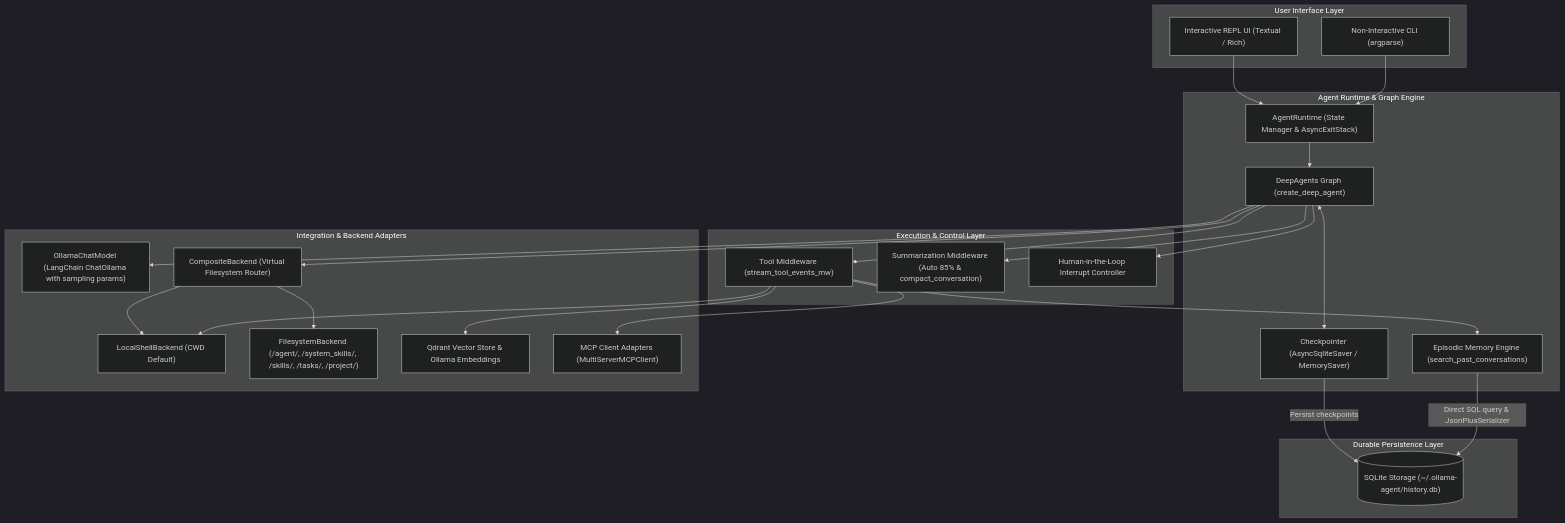
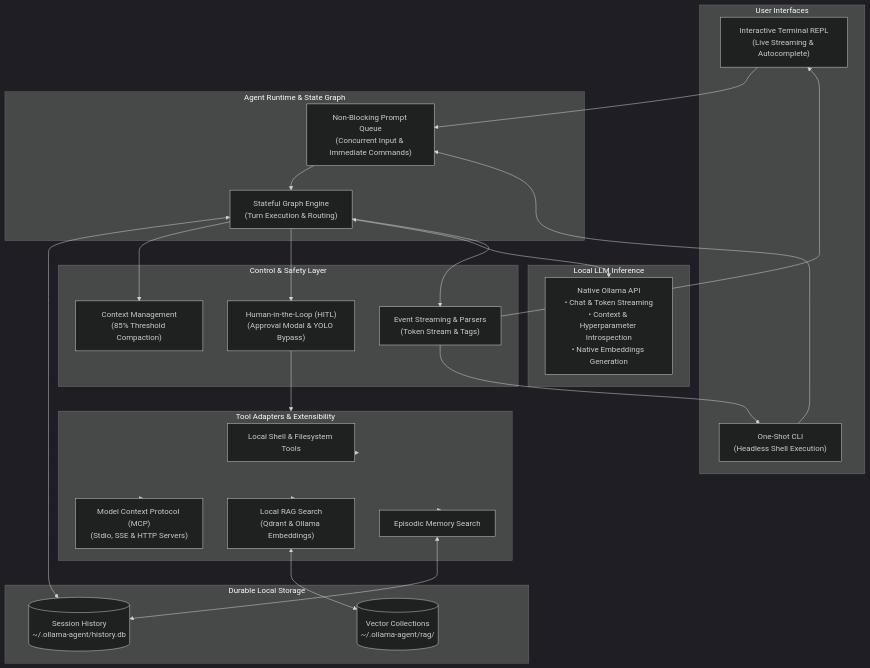
One commit to arrase/ollama-agent changed the first of 3 diagrams in docs/architecture.md. Above: the diagram before and after it, drawn with Mermaid (dark theme). The commit also changed other lines of this file and 10 other files, not shown here.

````diff
--- a/docs/architecture.md
+++ b/docs/architecture.md
@@ -11,51 +24,52 @@
 ```mermaid
 flowchart TD
-    subgraph UI ["User Interface Layer"]
-        REPL["Interactive REPL UI (Textual / Rich)"]
-        CLI["Non-Interactive CLI (argparse)"]
+    subgraph UI ["User Interfaces"]
+        REPL["Interactive Terminal REPL\n(Live Streaming & Autocomplete)"]
+        CLI["One-Shot CLI\n(Headless Shell Execution)"]
     end
 
-    subgraph Core ["Agent Runtime & Graph Engine"]
-        Runtime["AgentRuntime (State Manager & AsyncExitStack)"]
-        Graph["DeepAgents Graph (create_deep_agent)"]
-        Checkpointer["Checkpointer (AsyncSqliteSaver / MemorySaver)"]
-        EpisodicMemory["Episodic Memory Engine (search_past_conversations)"]
+    subgraph Runtime ["Agent Runtime & State Graph"]
+        StateGraph["Stateful Graph Engine\n(Turn Execution & Routing)"]
+        PromptQueue["Non-Blocking Prompt Queue\n(Concurrent Input & Immediate Commands)"]
     end
 
-    subgraph Middleware ["Execution & Control Layer"]
-        ToolMW["Tool Middleware (stream_tool_events_mw)"]
-        SummarizerMW["Summarization Middleware (Auto 85% & compact_conversation)"]
-        HITL["Human-in-the-Loop Interrupt Controller"]
+    subgraph Safety ["Control & Safety Layer"]
+        HITL["Human-in-the-Loop (HITL)\n(Approval Modal & YOLO Bypass)"]
+        Compaction["Context Management\n(85% Threshold Compaction)"]
+        StreamBus["Event Streaming & Parsers\n(Token Stream & <think> Tags)"]
     end
 
-    subgraph Adapters ["Integration & Backend Adapters"]
-        OllamaLLM["OllamaChatModel (LangChain ChatOllama with sampling params)"]
-        CompositeRouter["CompositeBackend (Virtual Filesystem Router)"]
-        ShellBackend["LocalShellBackend (CWD Default)"]
-        MemoryStore["FilesystemBackend (/agent/, /system_skills/, /skills/, /tasks/, /project/)"]
-        RAGEngine["Qdrant Vector Store & Ollama Embeddings"]
-        MCPAdapter["MCP Client Adapters (MultiServerMCPClient)"]
+    subgraph Tools ["Tool Adapters & Extensibility"]
+        ShellFS["Local Shell & Filesystem Tools"]
+        MCPClient["Model Context Protocol (MCP)\n(Stdio, SSE & HTTP Servers)"]
+        RAGEngine["Local RAG Search\n(Qdrant & Ollama Embeddings)"]
+        EpisodicSearch["Episodic Memory Search"]
     end
 
-    subgraph Storage ["Durable Persistence Layer"]
-        SqliteDB[("SQLite Storage (~/.ollama-agent/history.db)")]
+    subgraph Storage ["Durable Local Storage"]
+        SQLiteDB[("Session History\n~/.ollama-agent/history.db")]
+        QdrantDB[("Vector Collections\n~/.ollama-agent/rag/")]
     end
 
-    REPL --> Runtime
-    CLI --> Runtime
-    Runtime --> Graph
-    Graph <--> Checkpointer
-    Checkpointer -->|"Persist checkpoints"| SqliteDB
-    EpisodicMemory -->|"Direct SQL query & JsonPlusSerializer"| SqliteDB
-    Graph --> ToolMW
-    Graph --> SummarizerMW
-    Graph --> HITL
-    Graph --> CompositeRouter
-    CompositeRouter --> ShellBackend
-    CompositeRouter --> MemoryStore
-    ToolMW --> ShellBackend
-    ToolMW --> MCPAdapter
-    ToolMW --> RAGEngine
-    ToolMW --> EpisodicMemory
-    Graph --> OllamaLLM
+    subgraph Backend ["Local LLM Inference"]
+        Ollama["Native Ollama API\n• Chat & Token Streaming\n• Context & Hyperparameter Introspection\n• Native Embeddings Generation"]
+    end
+
+    REPL --> PromptQueue
+    CLI --> PromptQueue
+    PromptQueue --> StateGraph
+    StateGraph <--> SQLiteDB
+    StateGraph --> Compaction
+    StateGraph --> HITL
+    HITL --> Tools
+    Tools --> ShellFS
+    Tools --> MCPClient
+    Tools --> RAGEngine
+    Tools --> EpisodicSearch
+    RAGEngine <--> QdrantDB
+    EpisodicSearch <--> SQLiteDB
+    StateGraph <--> Ollama
+    StateGraph --> StreamBus
+    StreamBus --> REPL
+    StreamBus --> CLI
 ```
````
